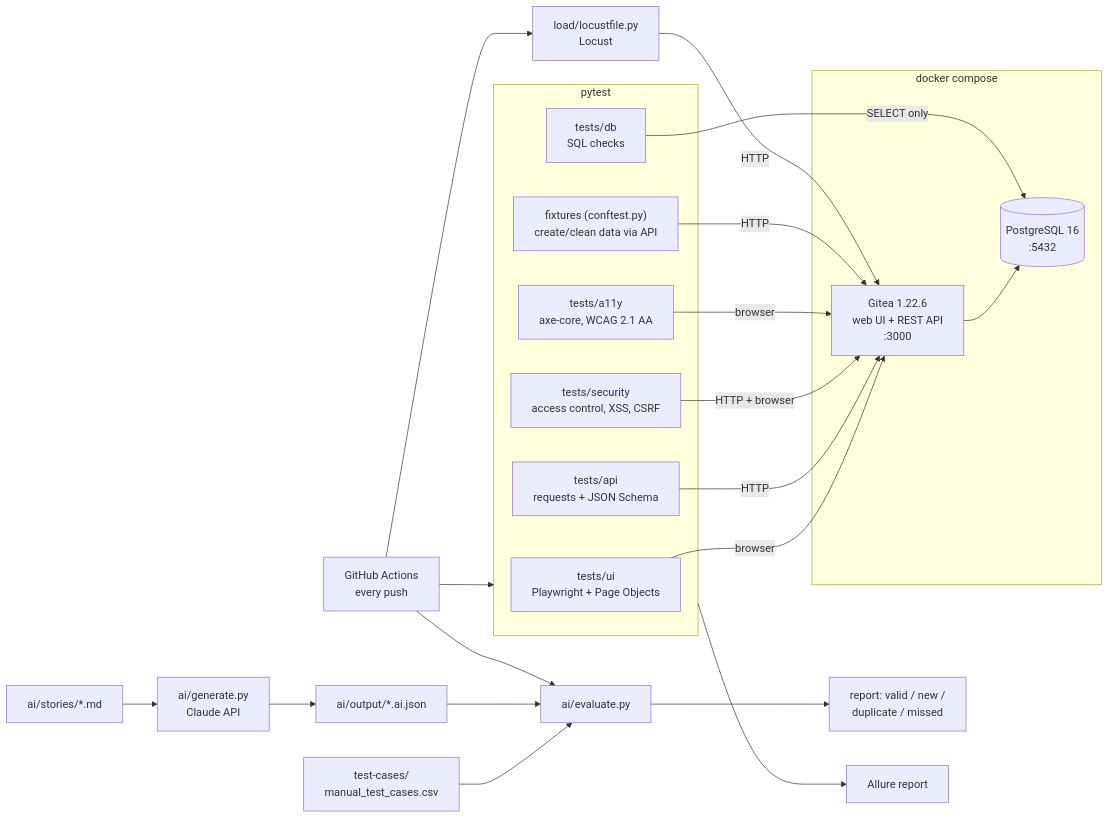
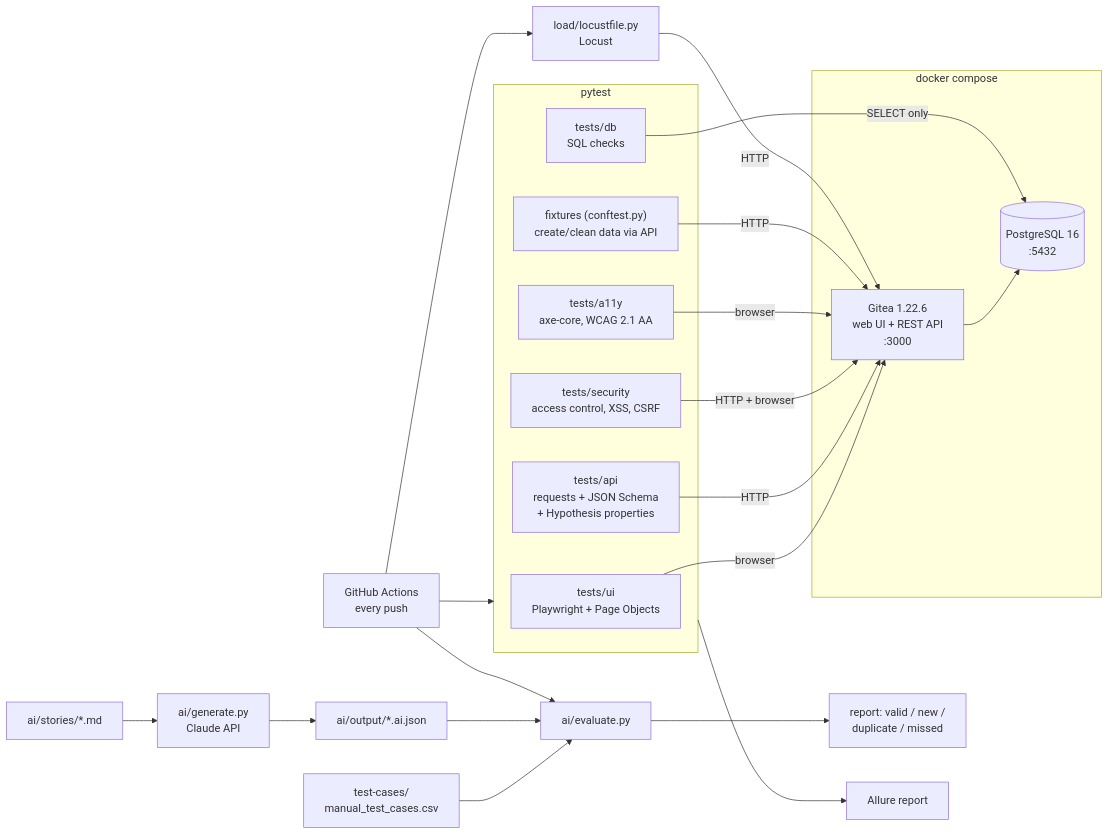
One commit to roy032/qualitylens changed the diagram in README.md. Above: the diagram before and after it, drawn with Mermaid. The commit also changed other lines of this file and 24 other files, not shown here.

First line of the commit message:
Add property-based API tests, cross-browser UI runs and load trend tracking

````diff
--- a/README.md
+++ b/README.md
@@ -28,30 +30,30 @@
 ```mermaid
 flowchart LR
     subgraph Docker["docker compose"]
         G["Gitea 1.22.6<br/>web UI + REST API<br/>:3000"] --> P[("PostgreSQL 16<br/>:5432")]
     end
 
     subgraph Suite["pytest"]
         UI["tests/ui<br/>Playwright + Page Objects"]
-        API["tests/api<br/>requests + JSON Schema"]
+        API["tests/api<br/>requests + JSON Schema<br/>+ Hypothesis properties"]
         SEC["tests/security<br/>access control, XSS, CSRF"]
         A11Y["tests/a11y<br/>axe-core, WCAG 2.1 AA"]
         DB["tests/db<br/>SQL checks"]
         F["fixtures (conftest.py)<br/>create/clean data via API"]
     end
 
     UI -- browser --> G
     API -- HTTP --> G
     SEC -- "HTTP + browser" --> G
     A11Y -- browser --> G
     F -- HTTP --> G
     DB -- "SELECT only" --> P
     L["load/locustfile.py<br/>Locust"] -- HTTP --> G
 
     S["ai/stories/*.md"] --> GEN["ai/generate.py<br/>Claude API"] --> J["ai/output/*.ai.json"]
     M["test-cases/<br/>manual_test_cases.csv"] --> EV["ai/evaluate.py"]
     J --> EV --> R["report: valid / new /<br/>duplicate / missed"]
 
     Suite --> AL["Allure report"]
     CI["GitHub Actions<br/>every push"] --> Suite & L & EV
 ```
````
